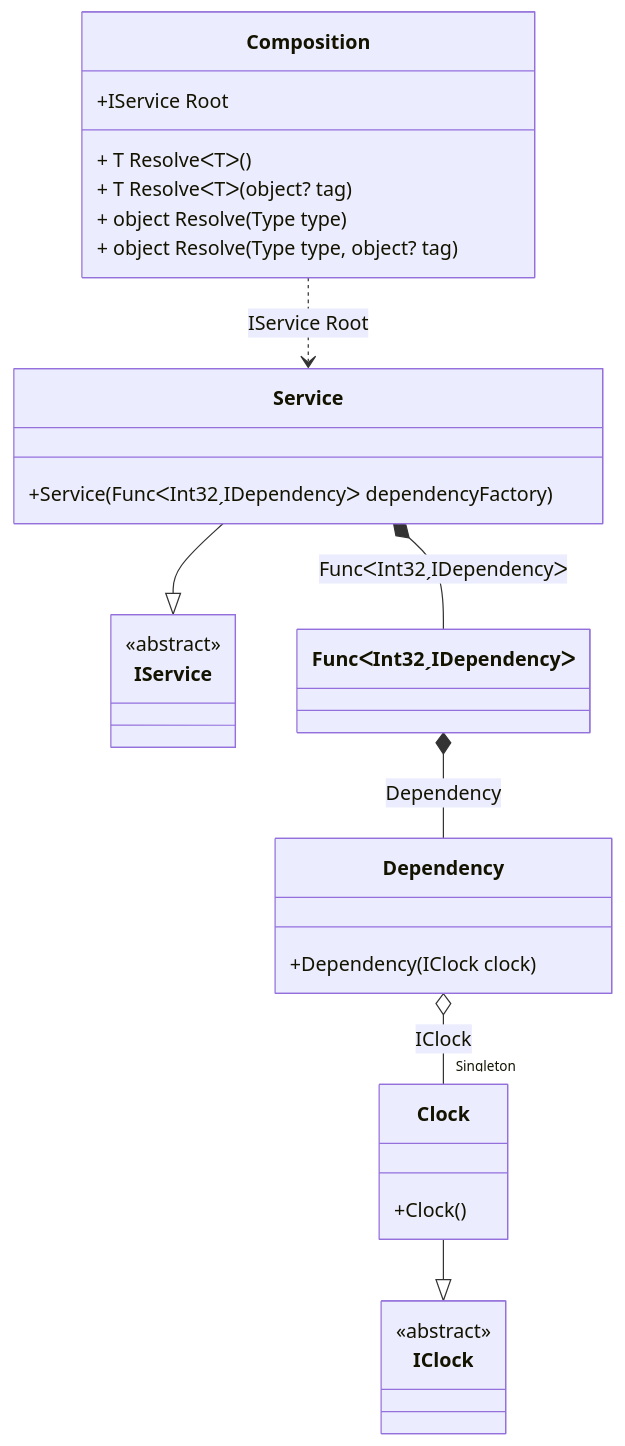
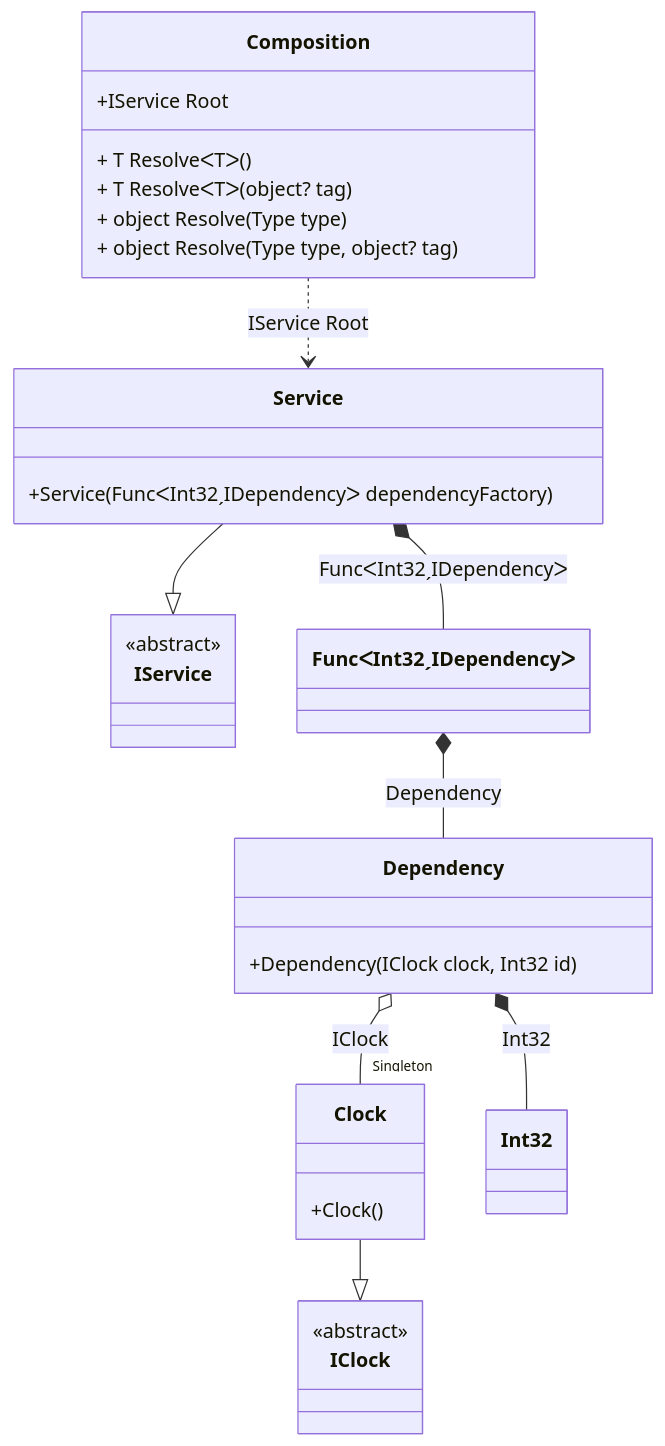
The diagram in readme/func-with-arguments.md (DevTeam/Pure.DI), drawn with Mermaid before and after one commit. The commit also changed other lines of this file and 56 other files, not shown here.

````diff
--- a/readme/func-with-arguments.md
+++ b/readme/func-with-arguments.md
@@ -66,32 +75,34 @@
 ```mermaid
 classDiagram
   class Composition {
     +IService Root
     + T ResolveᐸTᐳ()
     + T ResolveᐸTᐳ(object? tag)
     + object Resolve(Type type)
     + object Resolve(Type type, object? tag)
   }
   class Dependency {
-    +Dependency(IClock clock)
+    +Dependency(IClock clock, Int32 id)
   }
   Service --|> IService : 
   class Service {
     +Service(FuncᐸInt32ˏIDependencyᐳ dependencyFactory)
   }
   Clock --|> IClock : 
   class Clock {
     +Clock()
   }
+  class Int32
   class FuncᐸInt32ˏIDependencyᐳ
   class IService {
     <<abstract>>
   }
   class IClock {
     <<abstract>>
   }
   Dependency o--  "Singleton" Clock : IClock
+  Dependency *--  Int32 : Int32
   Service *--  FuncᐸInt32ˏIDependencyᐳ : FuncᐸInt32ˏIDependencyᐳ
   FuncᐸInt32ˏIDependencyᐳ *--  Dependency : Dependency
   Composition ..> Service : IService Root
 ```
````
